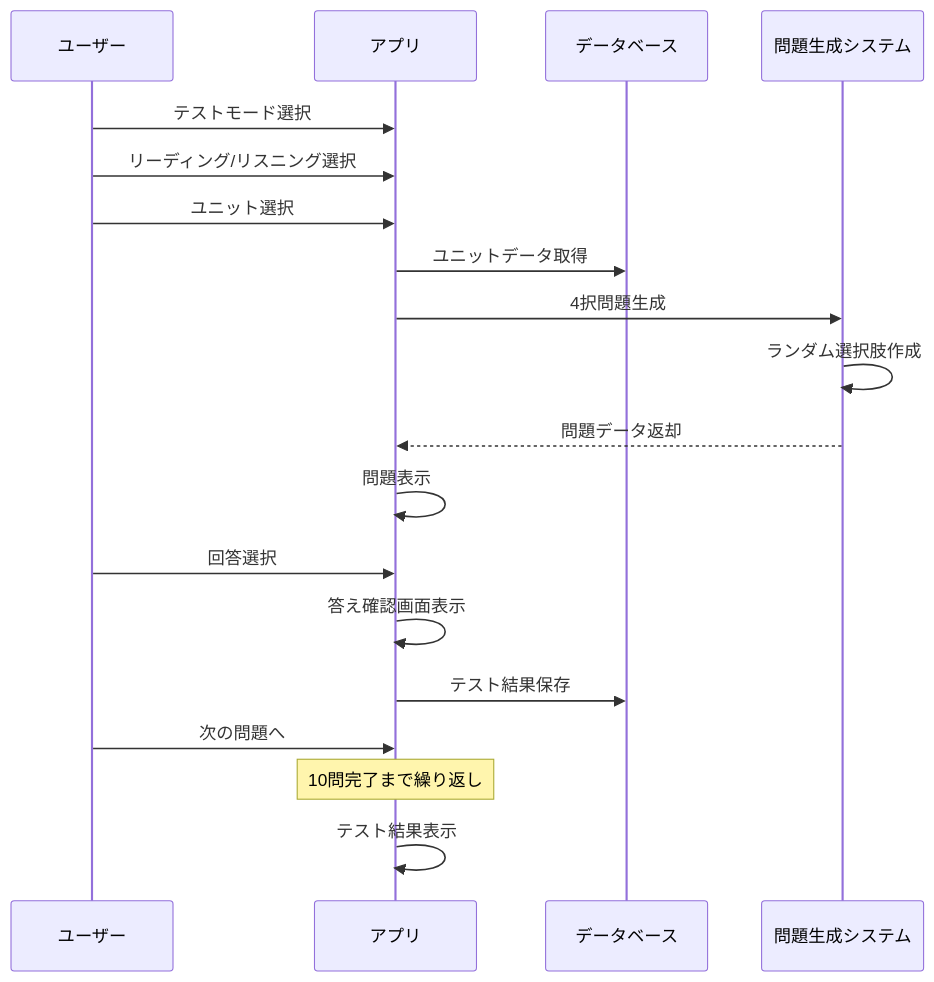
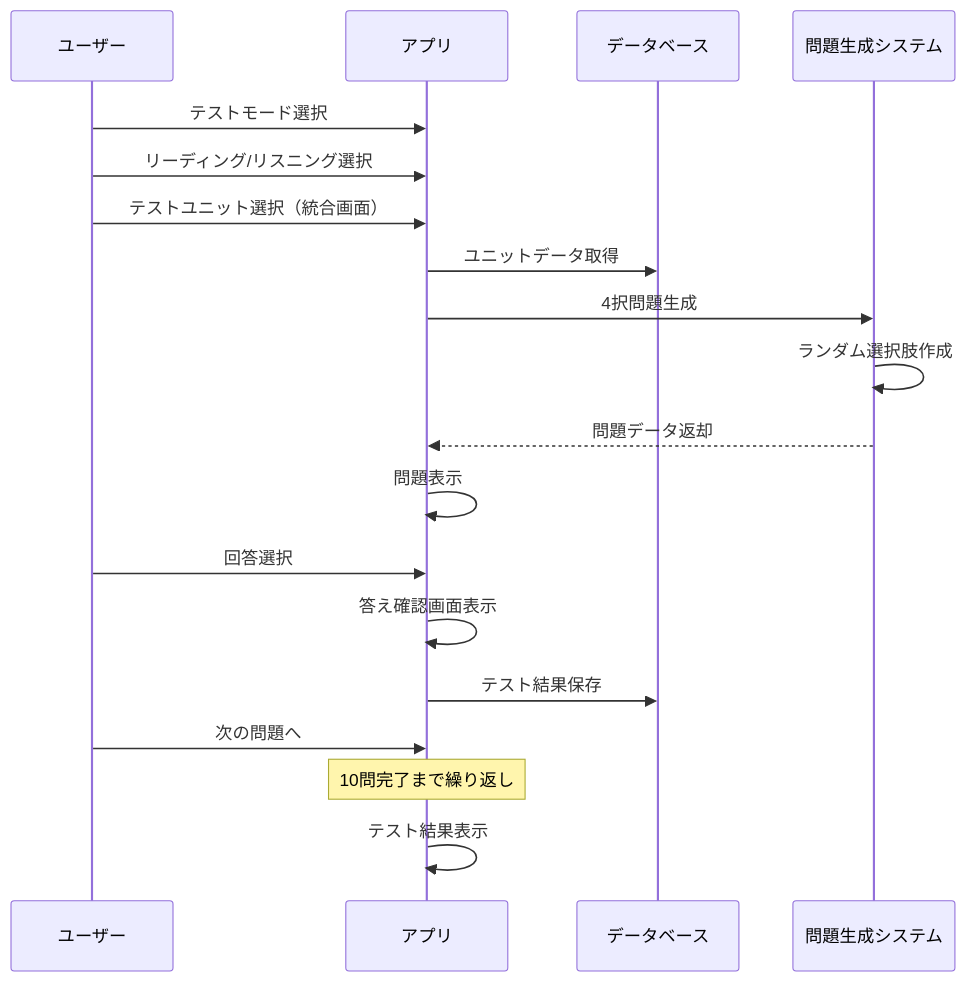
One commit to yuichkun/topik-dojo changed the third of 4 diagrams in docs/screen-flows.md. Above: the diagram before and after it, drawn with Mermaid. The commit also changed other lines of this file and 4 other files, not shown here.

````diff
--- a/docs/screen-flows.md
+++ b/docs/screen-flows.md
@@ -57,22 +57,22 @@
 ```mermaid
 sequenceDiagram
     participant U as ユーザー
     participant A as アプリ
     participant D as データベース
     participant Q as 問題生成システム
     
     U->>A: テストモード選択
     U->>A: リーディング/リスニング選択
-    U->>A: ユニット選択
+    U->>A: テストユニット選択（統合画面）
     A->>D: ユニットデータ取得
     A->>Q: 4択問題生成
     Q->>Q: ランダム選択肢作成
     Q-->>A: 問題データ返却
     A->>A: 問題表示
     U->>A: 回答選択
     A->>A: 答え確認画面表示
     A->>D: テスト結果保存
     U->>A: 次の問題へ
     Note over A: 10問完了まで繰り返し
     A->>A: テスト結果表示
 ```
````
